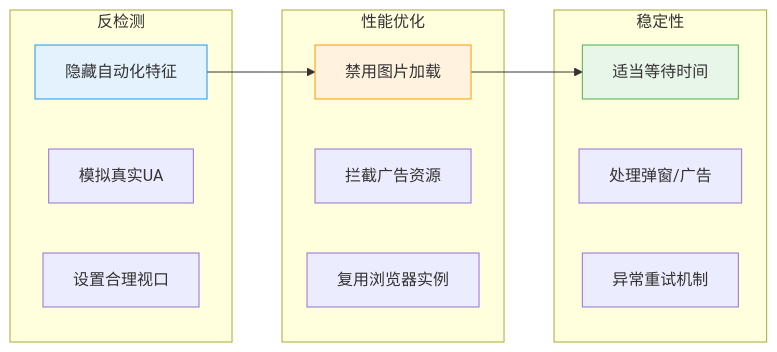
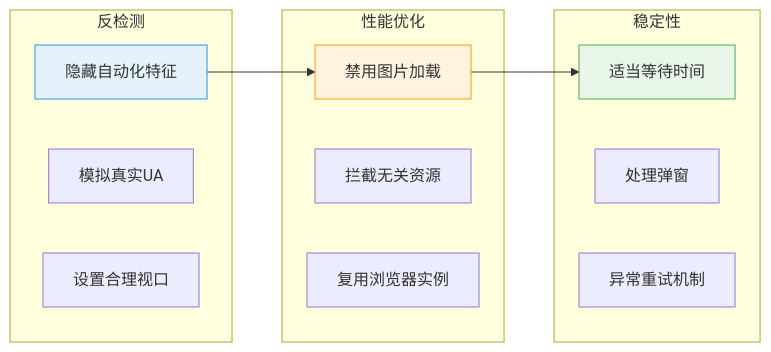
One commit to NanmiCoder/CrawlerTutorial changed the fourth of 4 diagrams in docs/爬虫进价/04_Playwright浏览器自动化入门.md. Above: the diagram before and after it, drawn with Mermaid. The commit also changed other lines of this file and 15 other files, not shown here.

````diff
--- a/docs/爬虫进价/04_Playwright浏览器自动化入门.md
+++ b/docs/爬虫进价/04_Playwright浏览器自动化入门.md
@@ -935,26 +907,26 @@
 ```mermaid
 graph LR
     subgraph 反检测
         A1["隐藏自动化特征"]
         A2["模拟真实UA"]
         A3["设置合理视口"]
     end
 
     subgraph 性能优化
         B1["禁用图片加载"]
-        B2["拦截广告资源"]
+        B2["拦截无关资源"]
         B3["复用浏览器实例"]
     end
 
     subgraph 稳定性
         C1["适当等待时间"]
-        C2["处理弹窗/广告"]
+        C2["处理弹窗"]
         C3["异常重试机制"]
     end
 
     A1 --> B1 --> C1
 
     style A1 fill:#e3f2fd,stroke:#2196f3
     style B1 fill:#fff3e0,stroke:#ff9800
     style C1 fill:#e8f5e9,stroke:#4caf50
 ```
````
